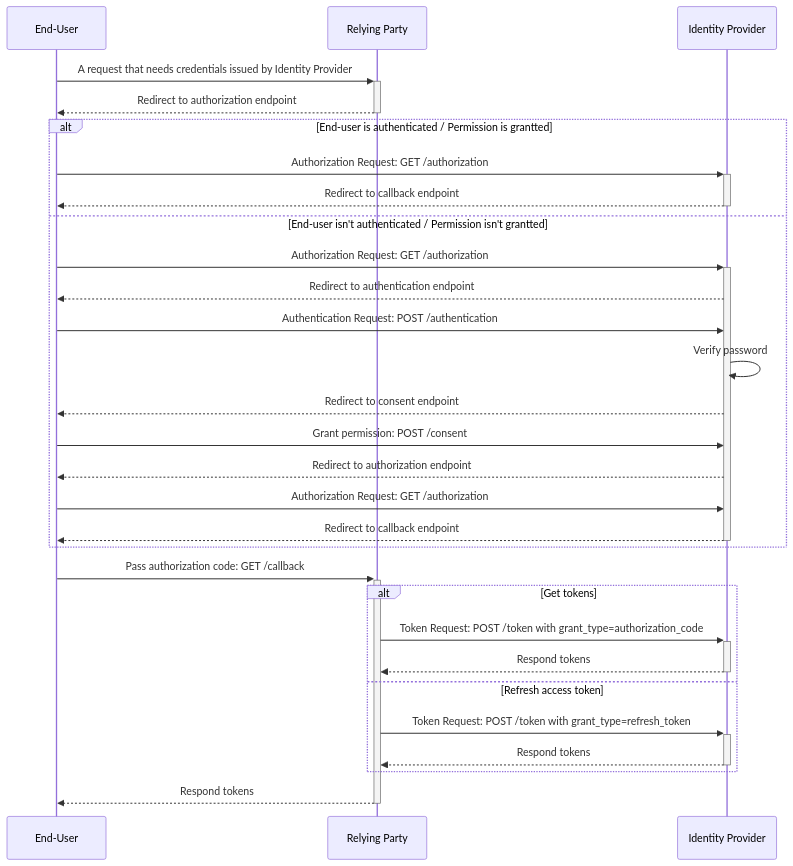
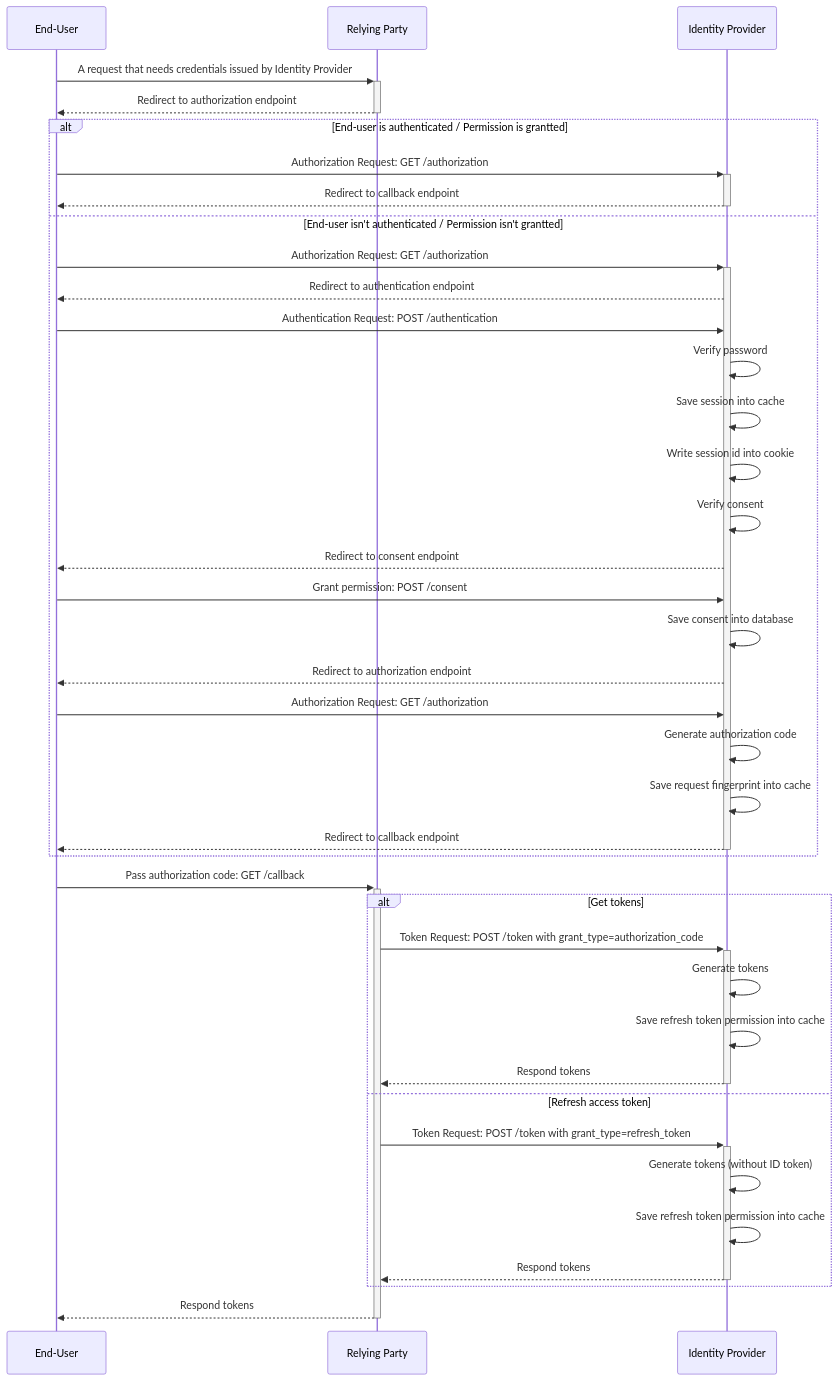
The diagram in docs/UML/Sequences/API Endpoints/authentication/README.md (42milez/go-oidc-expt), drawn with Mermaid before and after one commit.

Commit message:
Update sequence diagram of idp

````diff
--- a/docs/UML/Sequences/API Endpoints/authentication/README.md
+++ b/docs/UML/Sequences/API Endpoints/authentication/README.md
@@ -3,39 +3,49 @@
 ```mermaid
 sequenceDiagram
   participant EndUser as End-User
   participant RP as Relying Party
   participant IdP as Identity Provider
 
   EndUser ->>+ RP: A request that needs credentials issued by Identity Provider
   RP -->>- EndUser: Redirect to authorization endpoint
 
   alt End-user is authenticated / Permission is grantted
     EndUser ->>+ IdP: Authorization Request: GET /authorization
     IdP -->>- EndUser: Redirect to callback endpoint
   else End-user isn't authenticated / Permission isn't grantted
     EndUser ->>+ IdP: Authorization Request: GET /authorization
     IdP -->> EndUser: Redirect to authentication endpoint
+
     EndUser ->> IdP: Authentication Request: POST /authentication
-    
-    %% Password verification
     IdP ->> IdP: Verify password
-    
+    IdP ->> IdP: Save session into cache
+    IdP ->> IdP: Write session id into cookie
+    IdP ->> IdP: Verify consent
     IdP -->> EndUser: Redirect to consent endpoint
+
     EndUser ->> IdP: Grant permission: POST /consent
+    IdP ->> IdP: Save consent into database
     IdP -->> EndUser: Redirect to authorization endpoint
+
     EndUser ->> IdP: Authorization Request: GET /authorization
+    IdP ->> IdP: Generate authorization code
+    IdP ->> IdP: Save request fingerprint into cache
     IdP -->>- EndUser: Redirect to callback endpoint
   end
 
   EndUser ->>+ RP: Pass authorization code: GET /callback
-  
+
   alt Get tokens
     RP ->>+ IdP: Token Request: POST /token with grant_type=authorization_code
+    IdP ->> IdP: Generate tokens
+    IdP ->> IdP: Save refresh token permission into cache
     IdP -->>- RP: Respond tokens
   else Refresh access token
     RP ->>+ IdP: Token Request: POST /token with grant_type=refresh_token
+    IdP ->> IdP: Generate tokens (without ID token)
+    IdP ->> IdP: Save refresh token permission into cache
     IdP -->>- RP: Respond tokens
   end
 
   RP -->>- EndUser: Respond tokens
 ```
````
